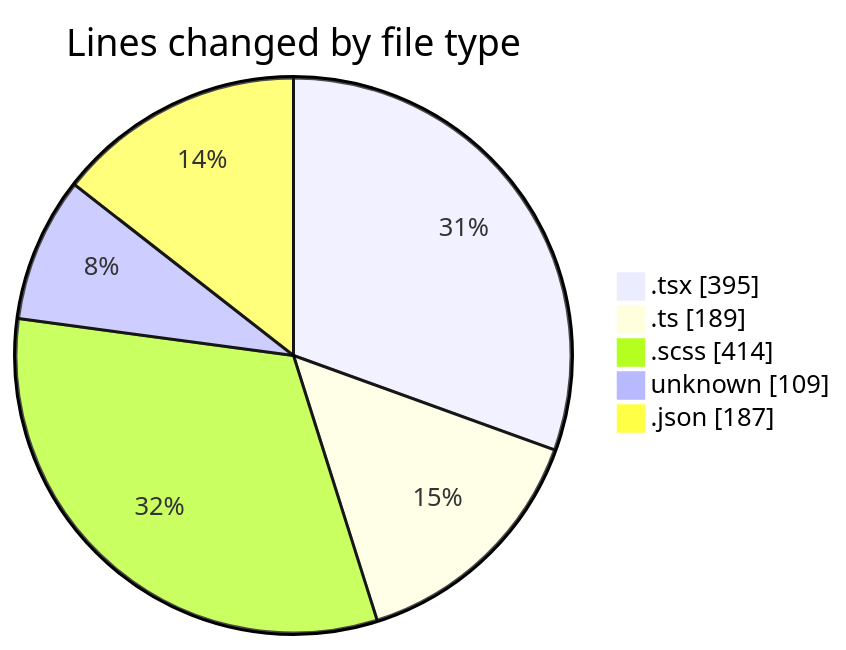
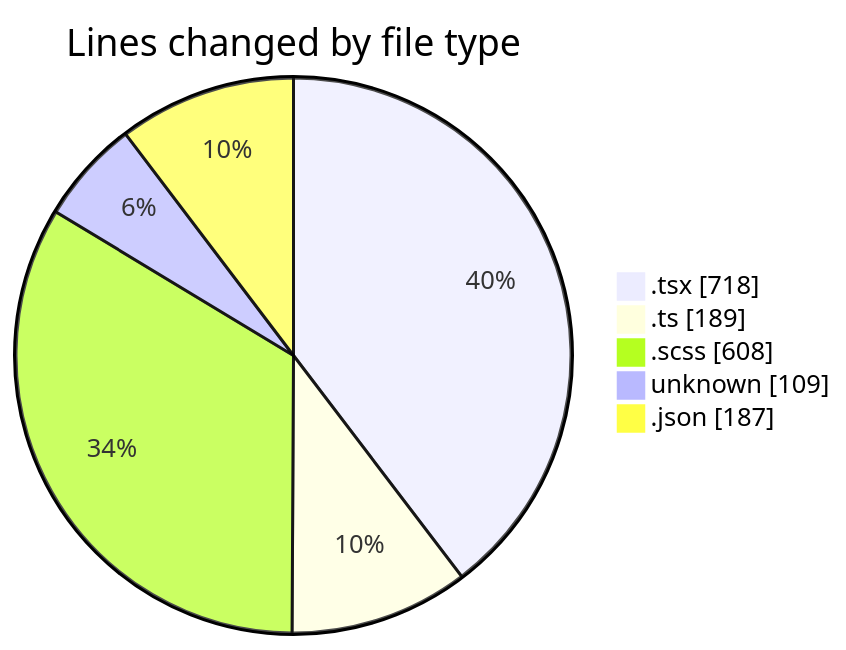
The first of 2 diagrams in 2026-04-15/cda/README.md (momahboobian/code-tracking), drawn with Mermaid before and after one commit. The commit also changed other lines of this file and 1 other file, not shown here.

````diff
--- a/2026-04-15/cda/README.md
+++ b/2026-04-15/cda/README.md
@@ -33,9 +34,9 @@
 ```mermaid
 pie showData
 title Lines changed by file type
-".tsx" : 395
+".tsx" : 718
 ".ts" : 189
-".scss" : 414
+".scss" : 608
 "unknown" : 109
 ".json" : 187
 ```
````
